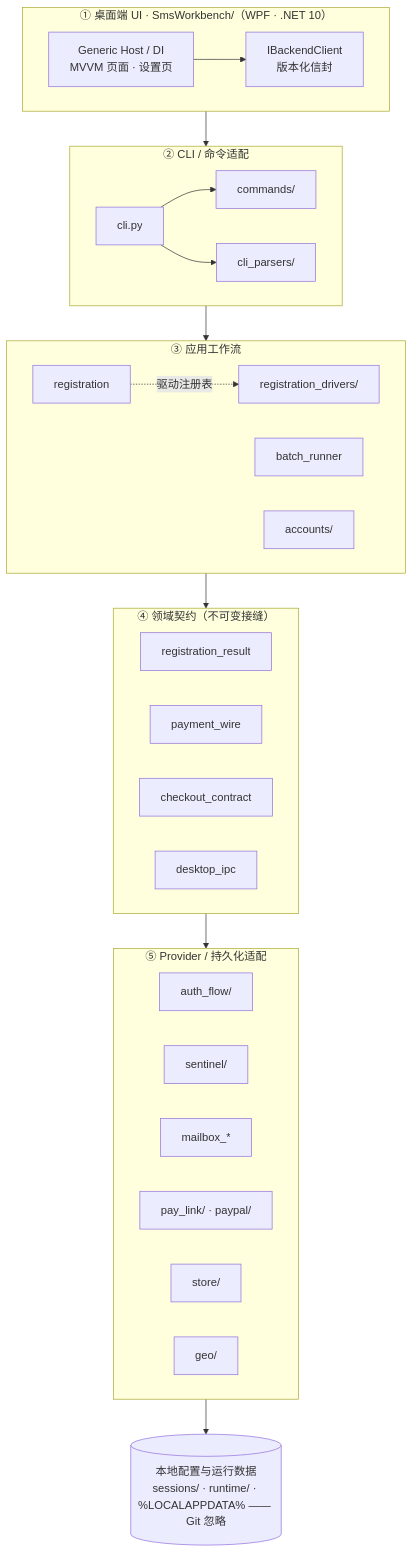
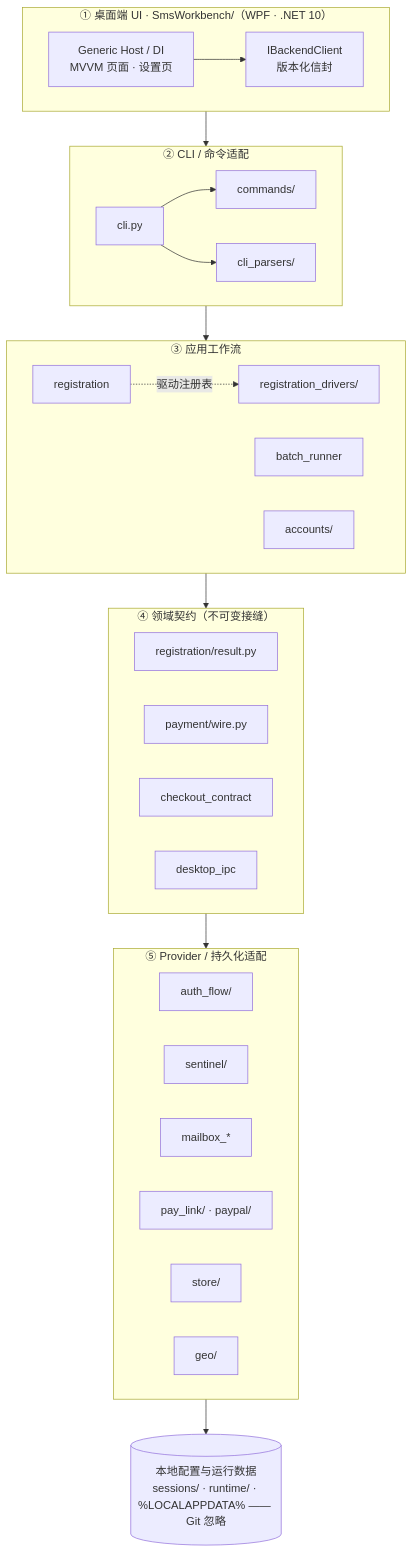
Before and after one commit to 2951461586/GPT-Register-Tool: the diagram in README.md, drawn with Mermaid. The commit also changed 11 other files, not shown here.

First line of the commit message:
docs(architecture): repoint seven drifted paths and drop deleted-tree residue

````diff
--- a/README.md
+++ b/README.md
@@ -54,51 +54,51 @@
 ```mermaid
 flowchart TB
     subgraph L1["① 桌面端 UI · SmsWorkbench/（WPF · .NET 10）"]
         direction LR
         PANEL["Generic Host / DI<br/>MVVM 页面 · 设置页"]
         IPC["IBackendClient<br/>版本化信封"]
     end
 
     subgraph L2["② CLI / 命令适配"]
         direction LR
         CLI["cli.py"]
         CMDS["commands/"]
         PARSERS["cli_parsers/"]
     end
 
     subgraph L3["③ 应用工作流"]
         direction LR
         REG["registration"]
         BATCH["batch_runner"]
         DRV["registration_drivers/"]
         REC["accounts/"]
     end
 
     subgraph L4["④ 领域契约（不可变接缝）"]
         direction LR
-        RESULT["registration_result"]
-        WIRE["payment_wire"]
+        RESULT["registration/result.py"]
+        WIRE["payment/wire.py"]
         CHECKOUT["checkout_contract"]
         DIPC["desktop_ipc"]
     end
 
     subgraph L5["⑤ Provider / 持久化适配"]
         direction LR
         AF["auth_flow/"]
         SEN["sentinel/"]
         MB["mailbox_*"]
         PAY["pay_link/ · paypal/"]
         STO["store/"]
         GEO["geo/"]
     end
 
     PANEL --> IPC
     CLI --> CMDS
     CLI --> PARSERS
     REG -. 驱动注册表 .-> DRV
     L1 --> L2
     L2 --> L3
     L3 --> L4
     L4 --> L5
     L5 --> DATA[("本地配置与运行数据<br/>sessions/ · runtime/ · %LOCALAPPDATA% —— Git 忽略")]
 ```
````
